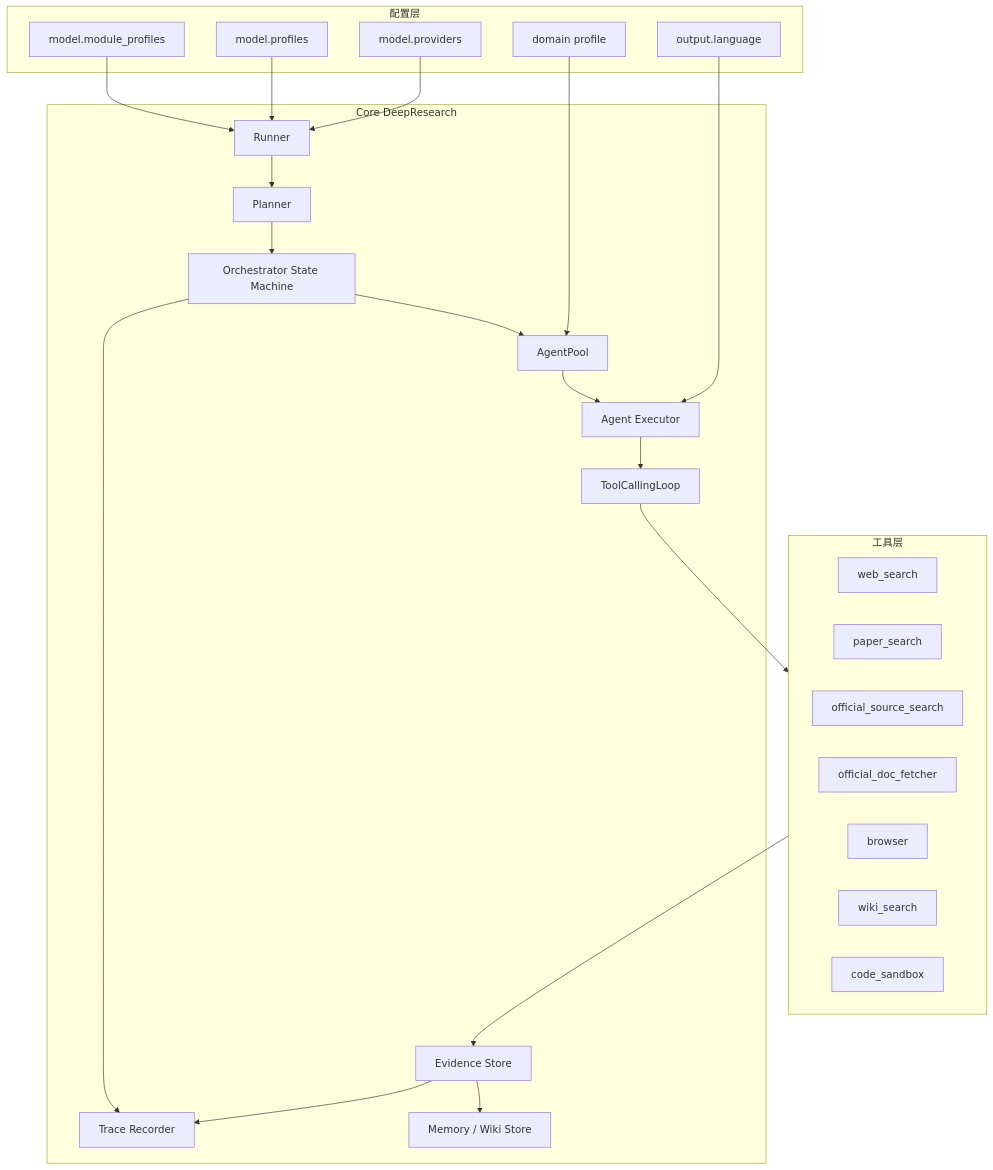
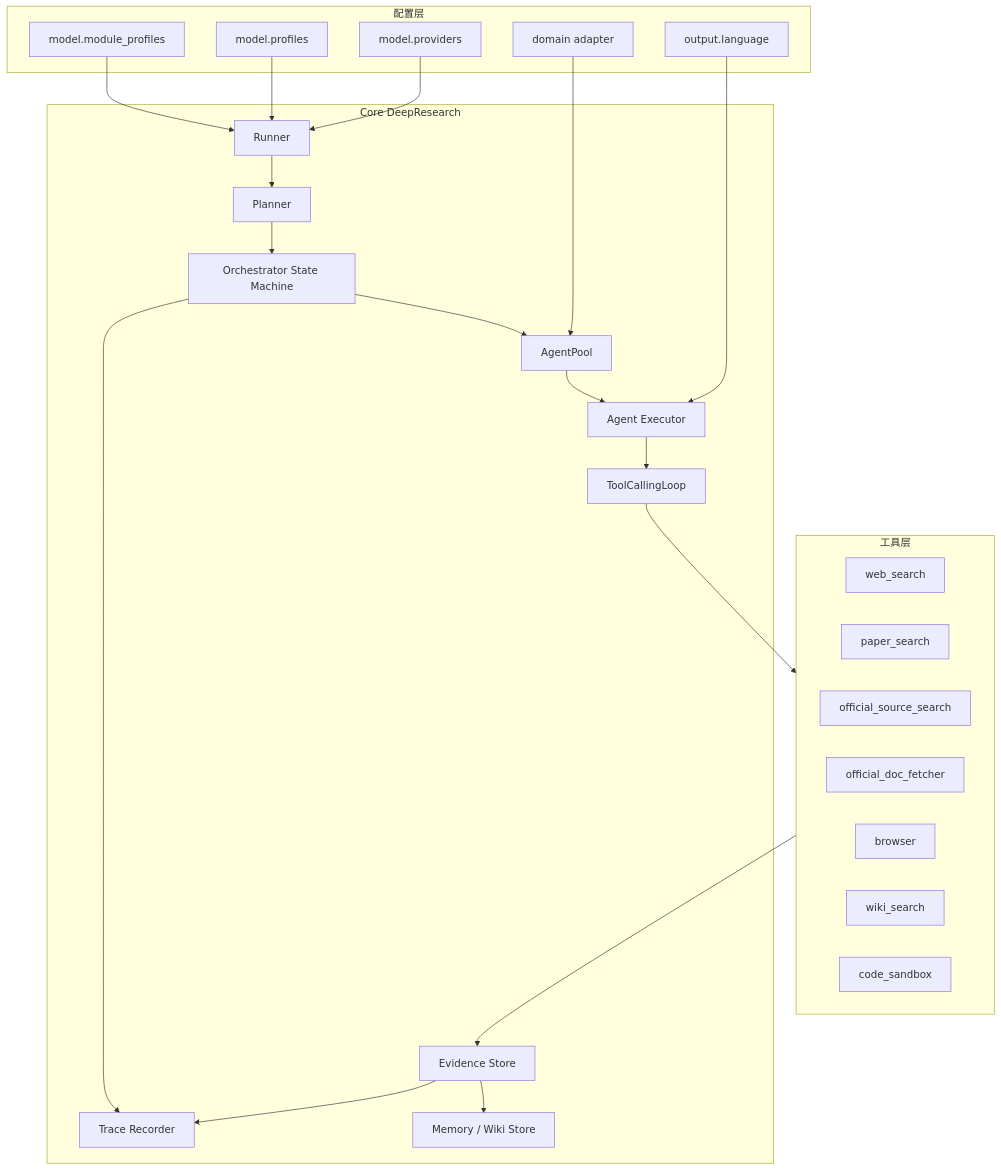
One commit to zxc3334/deepresearch changed the first of 2 diagrams in README.md. Above: the diagram before and after it, drawn with Mermaid. The commit also changed other lines of this file and 20 other files, not shown here.

Commit message:
Add domain adapter framework and user adapter workflow

````diff
--- a/README.md
+++ b/README.md
@@ -34,48 +34,48 @@
 ```mermaid
 flowchart TD
     subgraph Config["配置层"]
         C1["model.providers"]
         C2["model.profiles"]
         C3["model.module_profiles"]
-        C4["domain profile"]
+        C4["domain adapter"]
         C5["output.language"]
     end
 
     subgraph Core["Core DeepResearch"]
         R["Runner"]
         P["Planner"]
         O["Orchestrator State Machine"]
         AP["AgentPool"]
         AG["Agent Executor"]
         TL["ToolCallingLoop"]
         ES["Evidence Store"]
         TR["Trace Recorder"]
         MEM["Memory / Wiki Store"]
     end
 
     subgraph Tooling["工具层"]
         WS["web_search"]
         PS["paper_search"]
         OS["official_source_search"]
         OD["official_doc_fetcher"]
         BR["browser"]
         WK["wiki_search"]
         CS["code_sandbox"]
     end
 
     C1 --> R
     C2 --> R
     C3 --> R
     C4 --> AP
     C5 --> AG
     R --> P
     P --> O
     O --> AP
     AP --> AG
     AG --> TL
     TL --> Tooling
     Tooling --> ES
     ES --> TR
     ES --> MEM
     O --> TR
 ```
````
